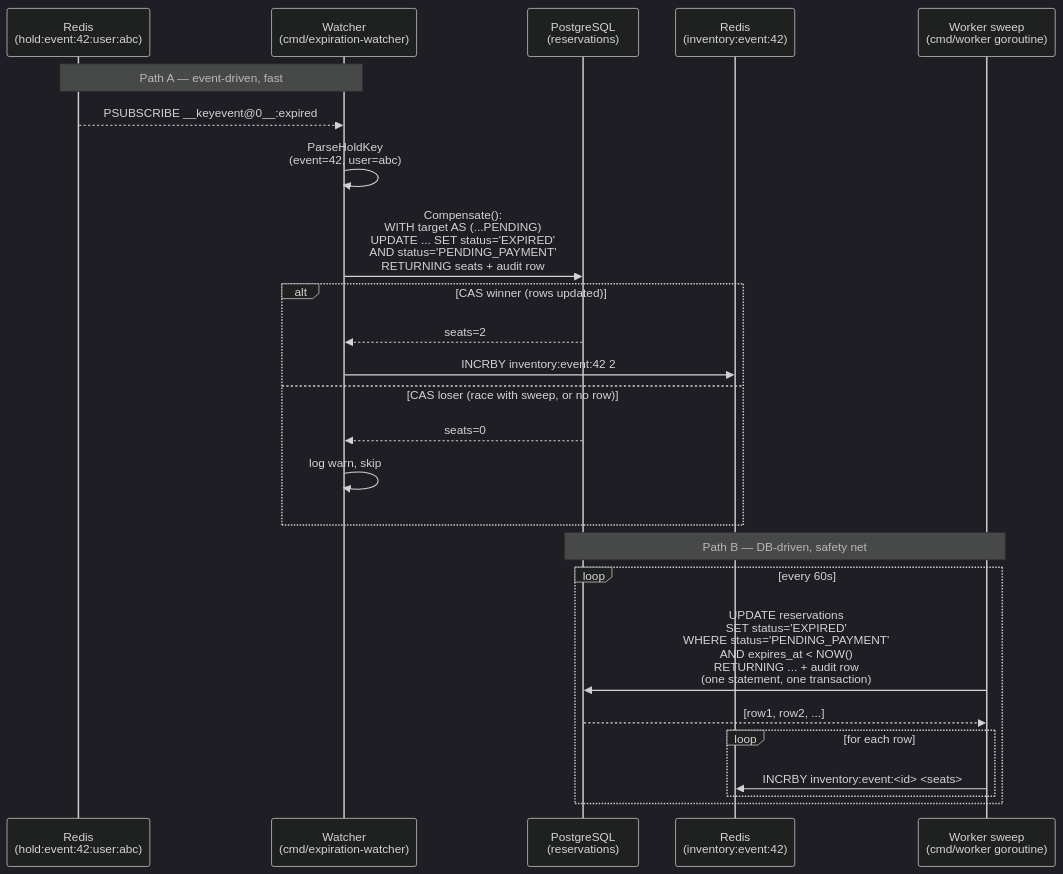
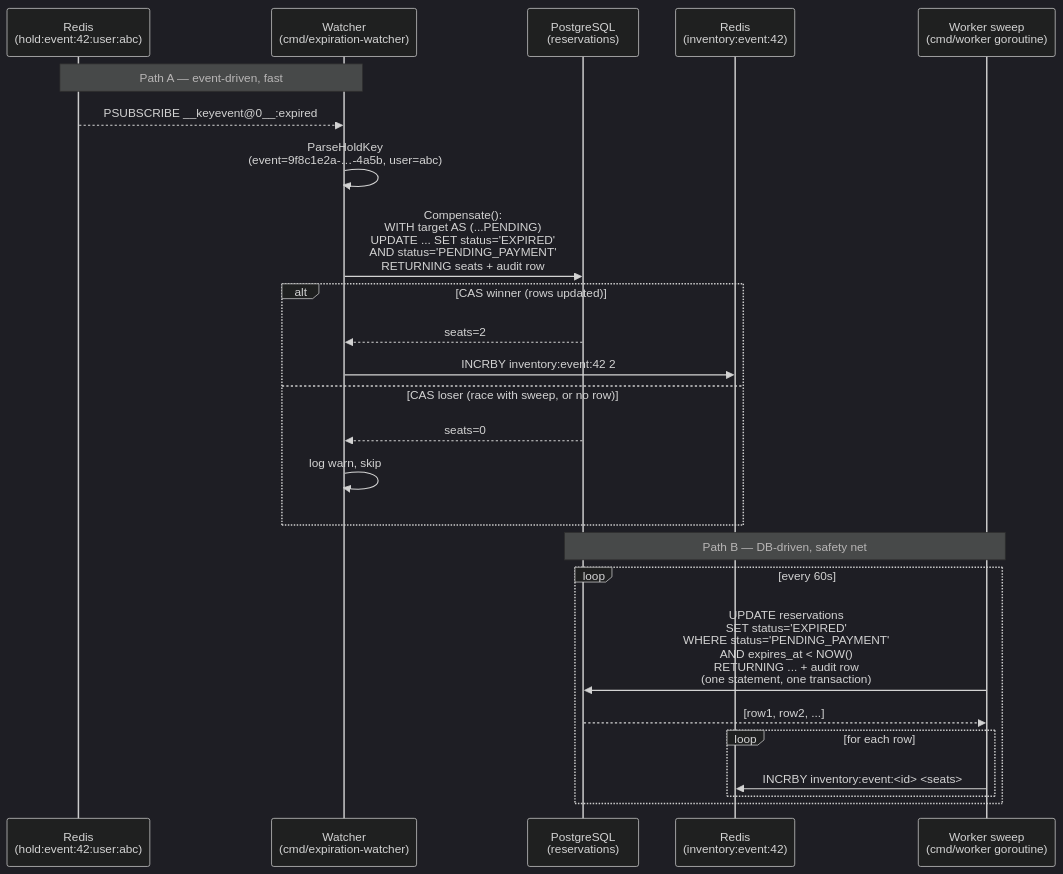
The tenth of 14 diagrams in docs/architecture.md (emmitt-k/ticket-deal), drawn with Mermaid (dark theme) before and after one commit. The commit also changed other lines of this file and 62 other files, not shown here.

````diff
--- a/docs/architecture.md
+++ b/docs/architecture.md
@@ -674,29 +674,29 @@
 ```mermaid
 sequenceDiagram
     participant Hold as Redis<br/>(hold:event:42:user:abc)
     participant Watch as Watcher<br/>(cmd/expiration-watcher)
     participant DB as PostgreSQL<br/>(reservations)
     participant Inv as Redis<br/>(inventory:event:42)
     participant Sweep as Worker sweep<br/>(cmd/worker goroutine)
 
     Note over Hold,Watch: Path A — event-driven, fast
     Hold-->>Watch: PSUBSCRIBE __keyevent@0__:expired
-    Watch->>Watch: ParseHoldKey<br/>(event=42, user=abc)
+    Watch->>Watch: ParseHoldKey<br/>(event=9f8c1e2a-…-4a5b, user=abc)
     Watch->>DB: Compensate():<br/>WITH target AS (...PENDING)<br/>UPDATE ... SET status='EXPIRED'<br/>  AND status='PENDING_PAYMENT'<br/>RETURNING seats + audit row
     alt CAS winner (rows updated)
         DB-->>Watch: seats=2
         Watch->>Inv: INCRBY inventory:event:42 2
     else CAS loser (race with sweep, or no row)
         DB-->>Watch: seats=0
         Watch->>Watch: log warn, skip
     end
 
     Note over Sweep,DB: Path B — DB-driven, safety net
     loop every 60s
         Sweep->>DB: UPDATE reservations<br/>SET status='EXPIRED'<br/>WHERE status='PENDING_PAYMENT'<br/>  AND expires_at < NOW()<br/>RETURNING ... + audit row<br/>(one statement, one transaction)
         DB-->>Sweep: [row1, row2, ...]
         loop for each row
             Sweep->>Inv: INCRBY inventory:event:<id> <seats>
         end
     end
 ```
````
